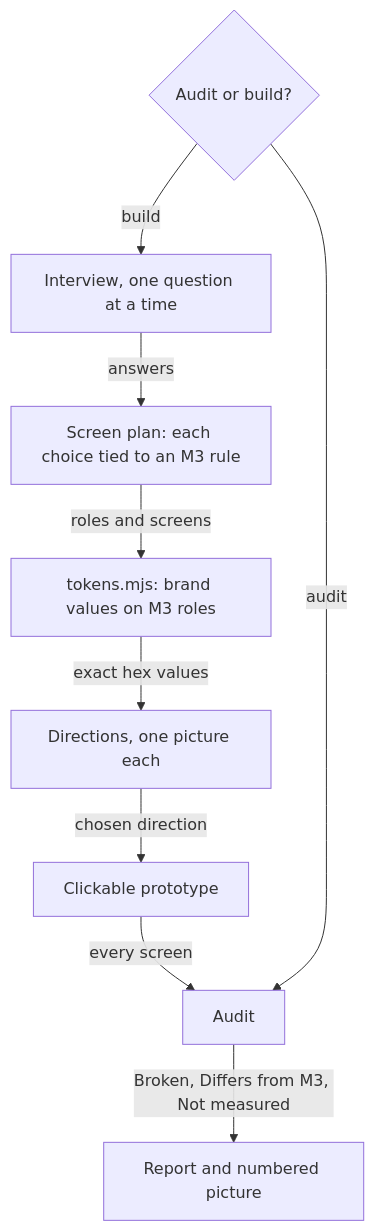
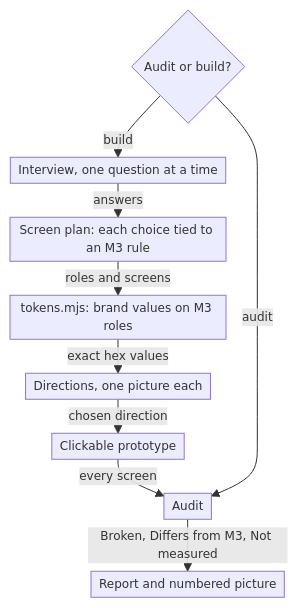
Before and after one commit to eskokoivula/material-3-skill: the diagram in README.md, drawn with Mermaid.

Commit message:
README: the diagram drawn smaller (12 px text, tighter spacing), half its height

````diff
--- a/README.md
+++ b/README.md
@@ -41,11 +41,12 @@
 ```mermaid
+%%{init: {'themeVariables': {'fontSize': '12px'}, 'flowchart': {'nodeSpacing': 12, 'rankSpacing': 16, 'padding': 4}}}%%
 flowchart TD
     Q{Audit or build?} -- build --> I[Interview, one question at a time]
     I -- answers --> P[Screen plan: each choice tied to an M3 rule]
     P -- roles and screens --> T[tokens.mjs: brand values on M3 roles]
     T -- exact hex values --> D[Directions, one picture each]
     D -- chosen direction --> X[Clickable prototype]
     X -- every screen --> A[Audit]
     Q -- audit --> A
     A -- Broken, Differs from M3, Not measured --> R[Report and numbered picture]
 ```
````
